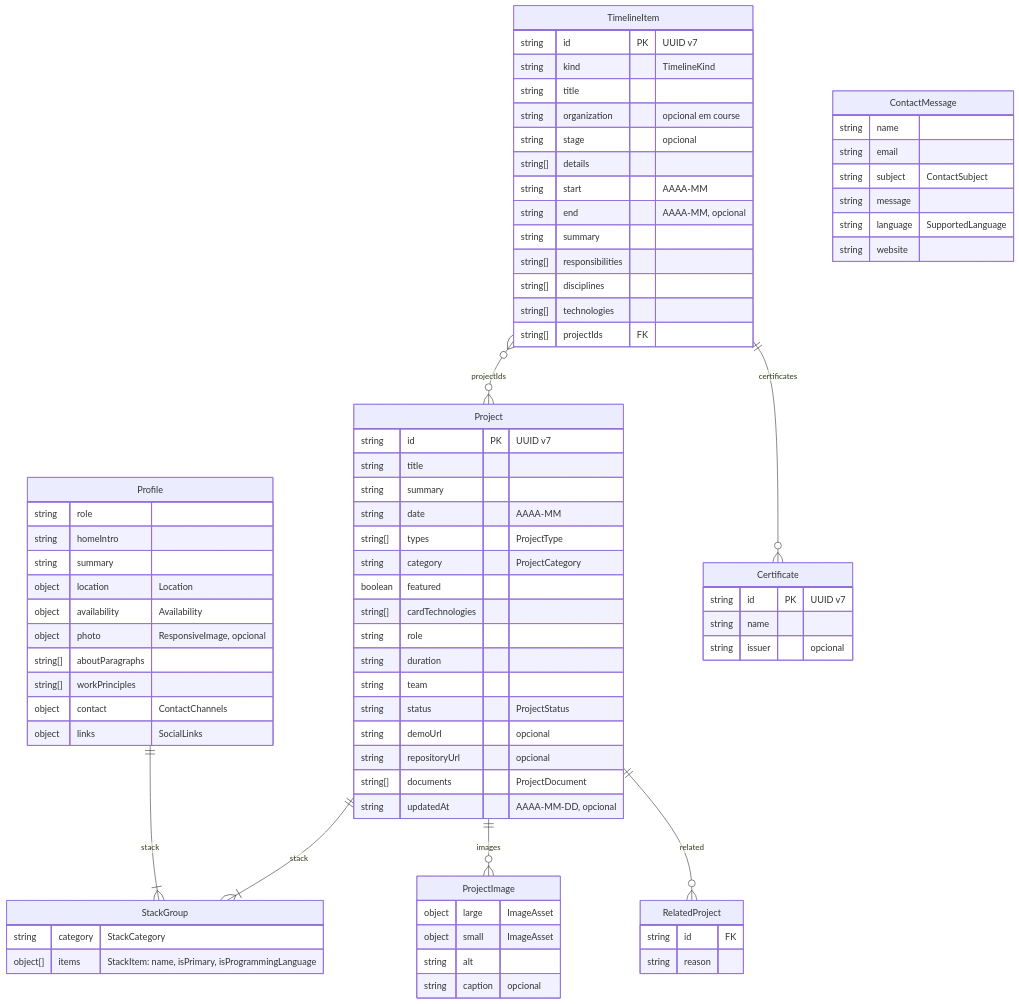
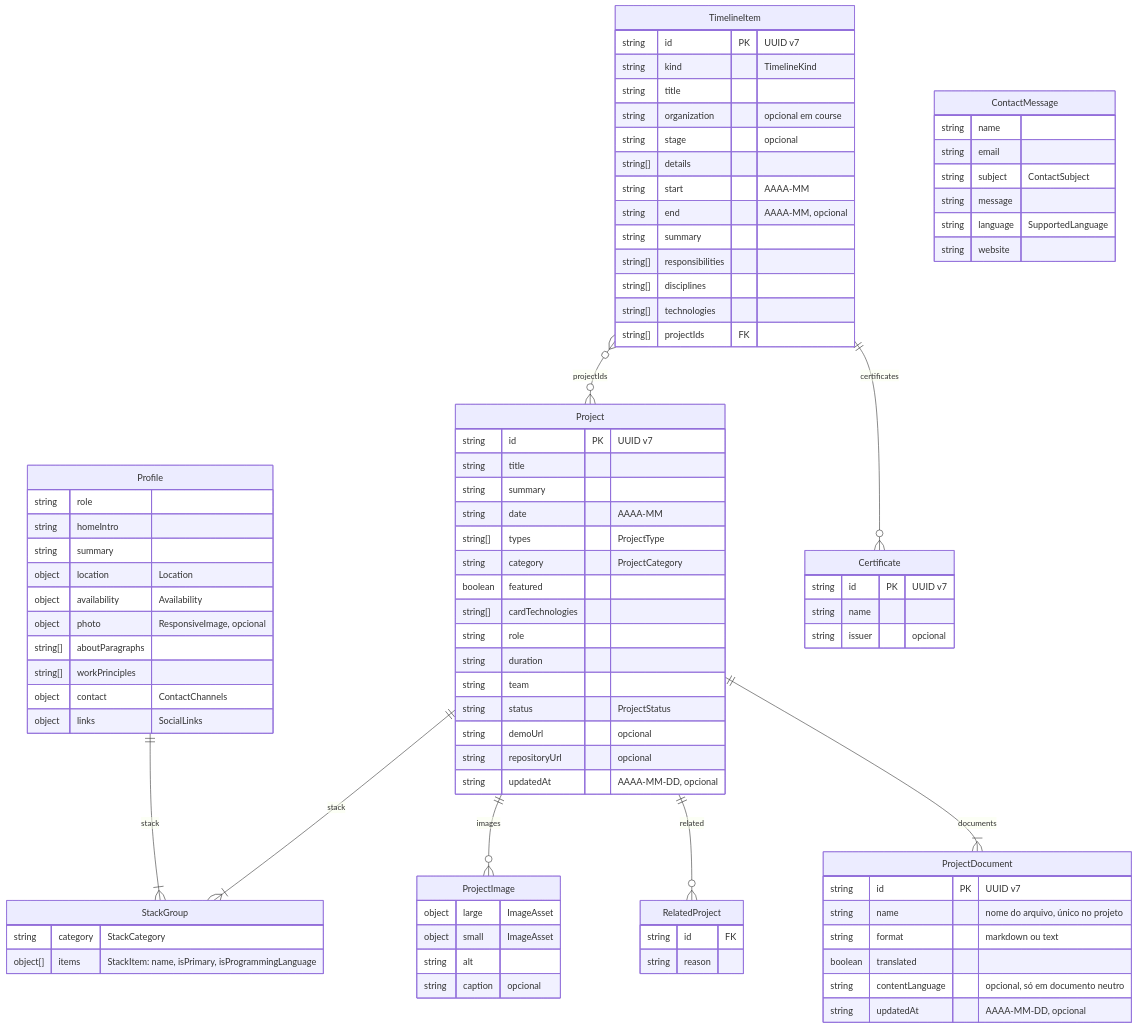
Before and after one commit to felipe-sant/portfolio-frontend: the diagram in docs/diagrams/entity.md, drawn with Mermaid. The commit also changed other lines of this file, not shown here.

Commit message:
Docs :bulb: [#10] Inclui o documento do projeto no diagrama de entidades

```diff
--- a/docs/diagrams/entity.md
+++ b/docs/diagrams/entity.md
@@ -32,6 +34,7 @@
     TimelineItem }o--o{ Project : "projectIds"
     Project ||--o{ ProjectImage : "images"
     Project ||--o{ RelatedProject : "related"
+    Project ||--|{ ProjectDocument : "documents"
 
     Profile {
         string role
@@ -88,7 +91,6 @@
         string status "ProjectStatus"
         string demoUrl "opcional"
         string repositoryUrl "opcional"
-        string[] documents "ProjectDocument"
         string updatedAt "AAAA-MM-DD, opcional"
     }
 
@@ -97,6 +99,15 @@
         object small "ImageAsset"
         string alt
         string caption "opcional"
+    }
+
+    ProjectDocument {
+        string id PK "UUID v7"
+        string name "nome do arquivo, único no projeto"
+        string format "markdown ou text"
+        boolean translated
+        string contentLanguage "opcional, só em documento neutro"
+        string updatedAt "AAAA-MM-DD, opcional"
     }
 
     RelatedProject {
```
